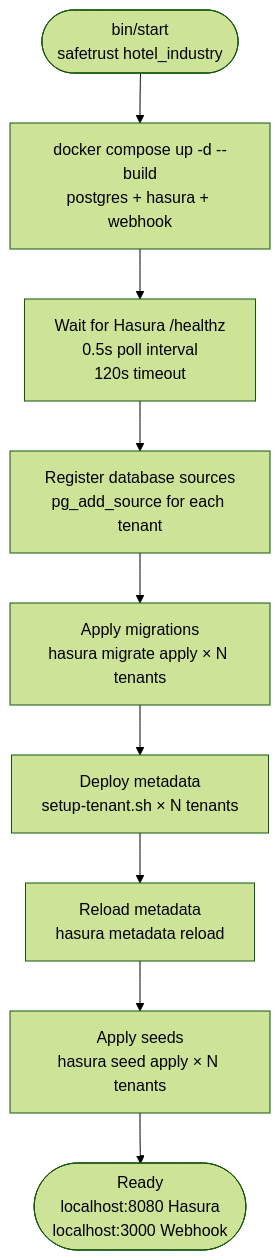
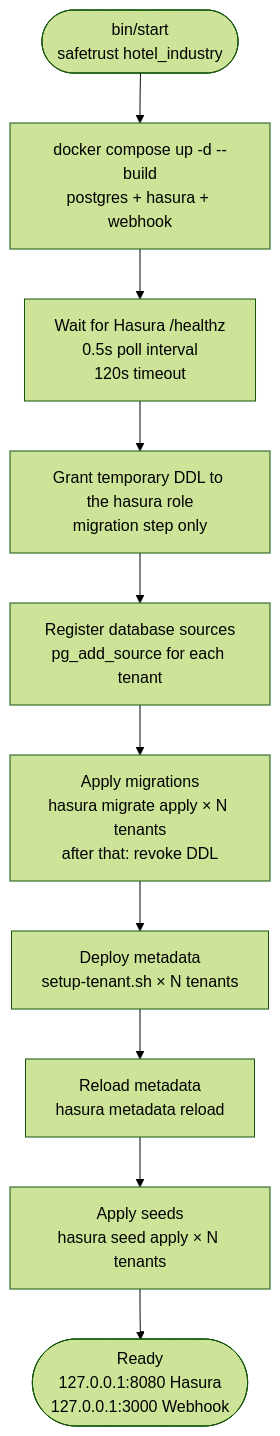
One commit to safetrustcr/backend-SafeTrust changed the diagram in docs/infra/bin-start.md. Above: the diagram before and after it, drawn with Mermaid (forest theme). The commit also changed other lines of this file and 25 other files, not shown here.

````diff
--- a/docs/infra/bin-start.md
+++ b/docs/infra/bin-start.md
@@ -4,11 +4,12 @@
 ```mermaid
 flowchart TD
     A([bin/start\nsafetrust hotel_industry]) --> B[docker compose up -d --build\npostgres + hasura + webhook]
     B --> C[Wait for Hasura /healthz\n0.5s poll interval\n120s timeout]
-    C --> D[Register database sources\npg_add_source for each tenant]
-    D --> E[Apply migrations\nhasura migrate apply × N tenants]
-    E --> F[Deploy metadata\nsetup-tenant.sh × N tenants]
-    F --> G[Reload metadata\nhasura metadata reload]
-    G --> H[Apply seeds\nhasura seed apply × N tenants]
-    H --> I([Ready\nlocalhost:8080 Hasura\nlocalhost:3000 Webhook])
+    C --> D[Grant temporary DDL to the hasura role\nmigration step only]
+    D --> E[Register database sources\npg_add_source for each tenant]
+    E --> F[Apply migrations\nhasura migrate apply × N tenants\nafter that: revoke DDL]
+    F --> G[Deploy metadata\nsetup-tenant.sh × N tenants]
+    G --> H[Reload metadata\nhasura metadata reload]
+    H --> I[Apply seeds\nhasura seed apply × N tenants]
+    I --> J([Ready\n127.0.0.1:8080 Hasura\n127.0.0.1:3000 Webhook])
 ```
````
